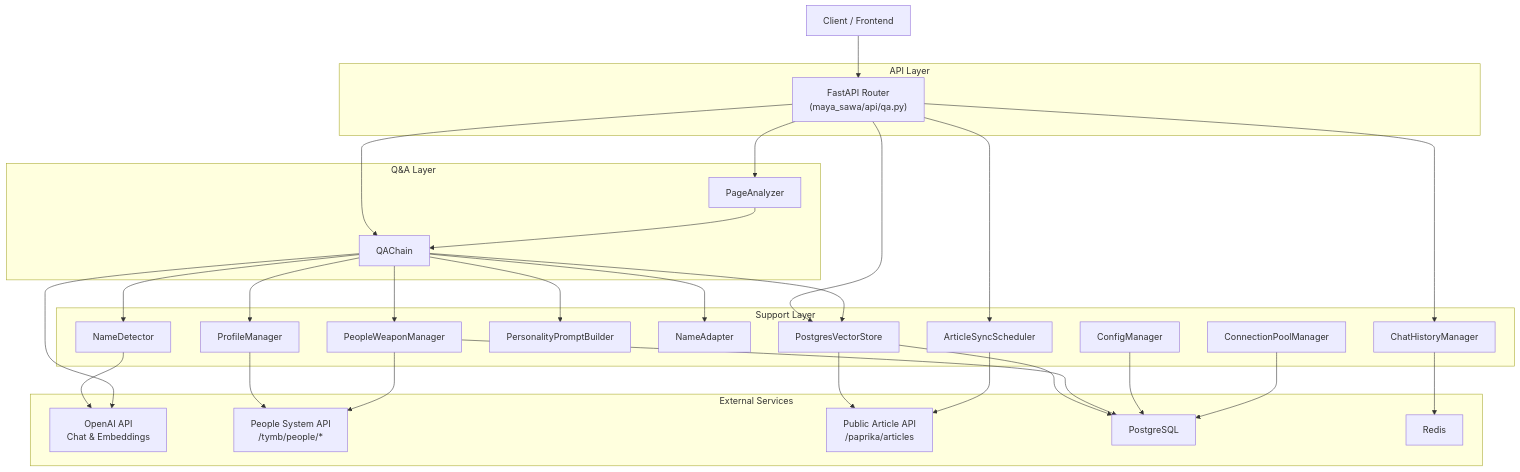
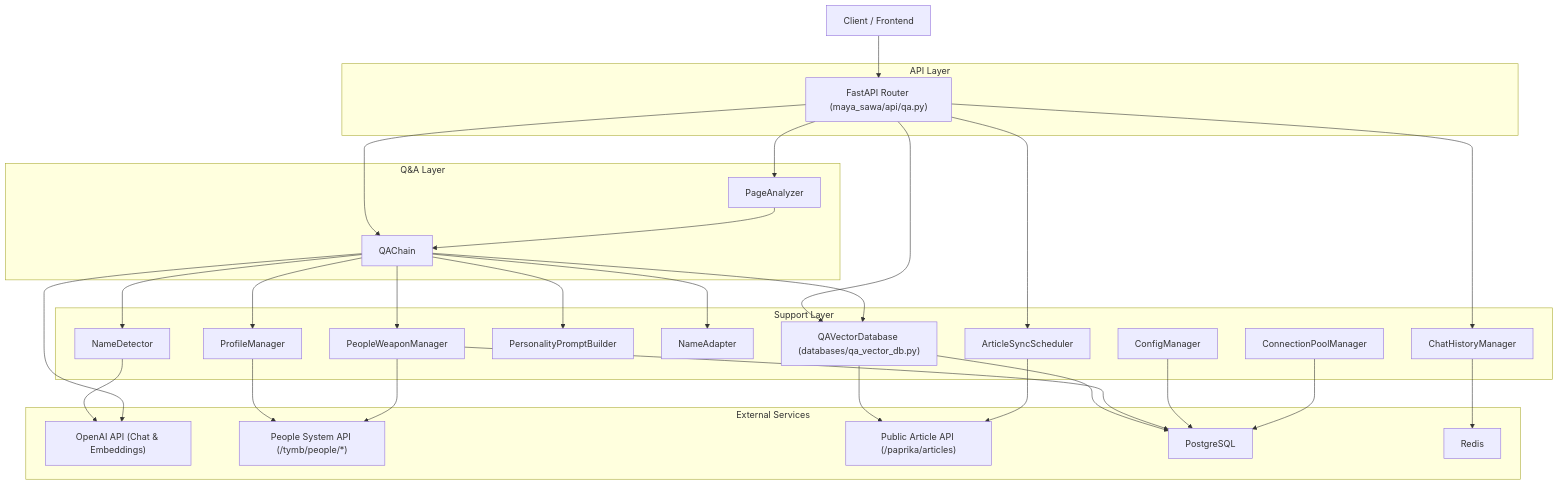
One commit to Vinskao/maya-sawa changed the third of 3 diagrams in README.md. Above: the diagram before and after it, drawn with Mermaid. The commit also changed other lines of this file, not shown here.

First line of the commit message:
docs(readme): add overall architecture diagram and refresh QA diagrams

````diff
--- a/README.md
+++ b/README.md
@@ -83,65 +153,65 @@
 ```mermaid
 flowchart TD
     subgraph "API Layer"
-        APIRouter["FastAPI Router<br/>(maya_sawa/api/qa.py)"]
+        APIRouter["FastAPI Router (maya_sawa/api/qa.py)"]
     end
 
     subgraph "Q&A Layer"
         QAChain["QAChain"]
         PageAnalyzer["PageAnalyzer"]
     end
 
     subgraph "Support Layer"
         NameDetector["NameDetector"]
         ProfileManager["ProfileManager"]
         PeopleWeaponManager["PeopleWeaponManager"]
         PersonalityPromptBuilder["PersonalityPromptBuilder"]
         NameAdapter["NameAdapter"]
-        VectorStore["PostgresVectorStore"]
+        VectorStore["QAVectorDatabase (databases/qa_vector_db.py)"]
         ChatHistoryManager["ChatHistoryManager"]
         ConfigManager["ConfigManager"]
         ConnectionPoolManager["ConnectionPoolManager"]
         Scheduler["ArticleSyncScheduler"]
     end
 
     subgraph "External Services"
-        OpenAIAPI["OpenAI API<br/>Chat & Embeddings"]
-        PeopleAPI["People System API<br/>/tymb/people/*"]
-        ArticleAPI["Public Article API<br/>/paprika/articles"]
+        OpenAIAPI["OpenAI API (Chat & Embeddings)"]
+        PeopleAPI["People System API (/tymb/people/*)"]
+        ArticleAPI["Public Article API (/paprika/articles)"]
         PostgresDB["PostgreSQL"]
         RedisDB["Redis"]
     end
 
     Client["Client / Frontend"] --> APIRouter
     APIRouter --> QAChain
     APIRouter --> PageAnalyzer
     APIRouter --> VectorStore
     APIRouter --> ChatHistoryManager
     APIRouter --> Scheduler
 
     ChatHistoryManager --> RedisDB
 
     QAChain --> NameDetector
     QAChain --> ProfileManager
     QAChain --> PeopleWeaponManager
     QAChain --> PersonalityPromptBuilder
     QAChain --> NameAdapter
     QAChain --> VectorStore
 
     PageAnalyzer --> QAChain
 
     NameDetector --> OpenAIAPI
     QAChain --> OpenAIAPI
 
     ProfileManager --> PeopleAPI
     PeopleWeaponManager --> PeopleAPI
 
     VectorStore --> PostgresDB
     VectorStore --> ArticleAPI
 
     PeopleWeaponManager --> PostgresDB
 
     ConfigManager --> PostgresDB
     ConnectionPoolManager --> PostgresDB
     Scheduler --> ArticleAPI
 ```
````
